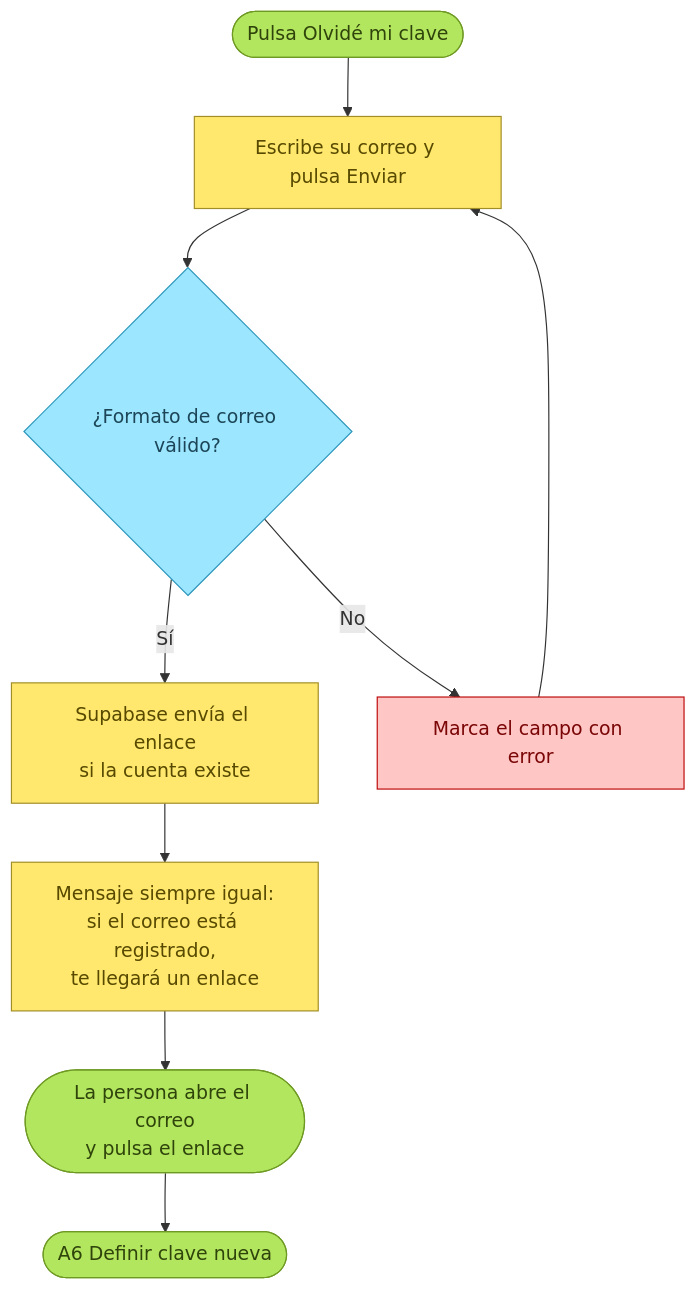
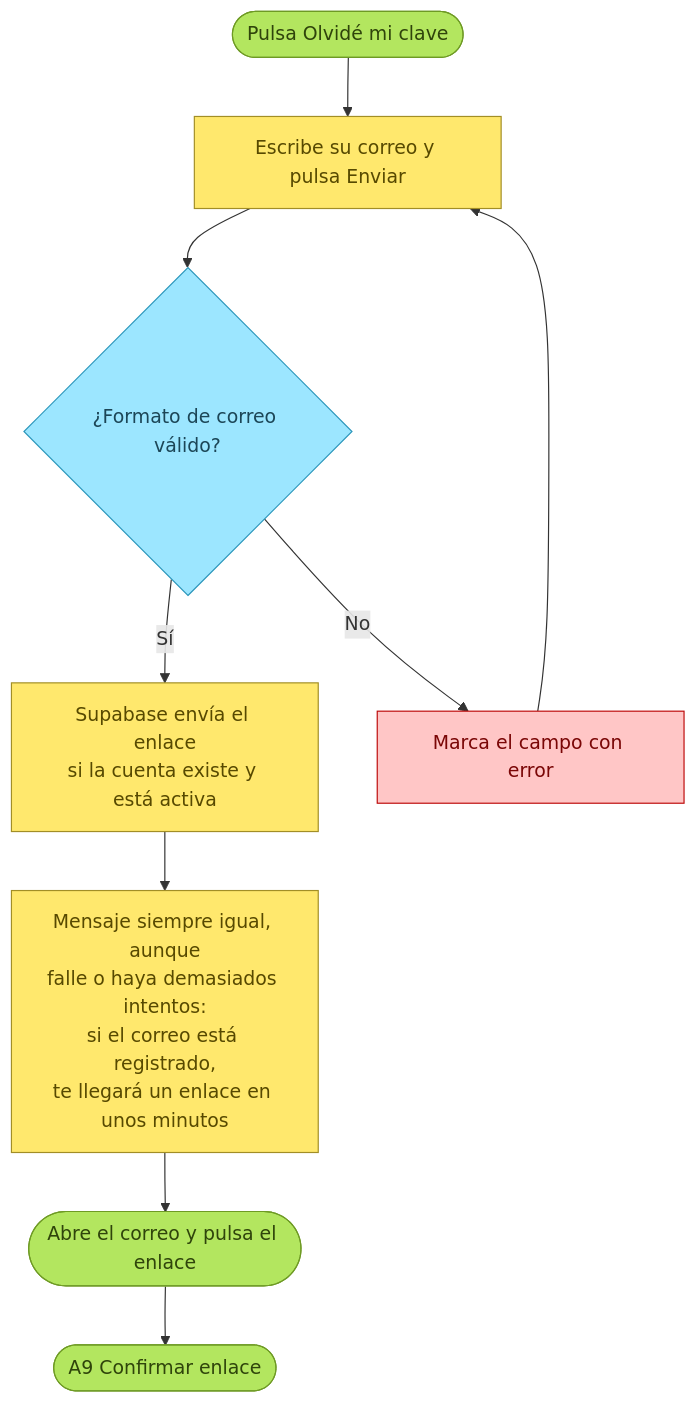
One commit to bernardoreveco/DentiHub changed the sixth of 10 diagrams in docs/modulos/01-acceso.md. Above: the diagram before and after it, drawn with Mermaid. The commit also changed other lines of this file and 48 other files, not shown here.

````diff
--- a/docs/modulos/01-acceso.md
+++ b/docs/modulos/01-acceso.md
@@ -147,20 +201,20 @@
 ```mermaid
 flowchart TD
     classDef ini fill:#B3E65F,stroke:#6E9A24,color:#2F440B
     classDef paso fill:#FFE86D,stroke:#A28E26,color:#574900
     classDef dec fill:#9CE6FF,stroke:#2C97BB,color:#1C4657
     classDef no fill:#FFC6C6,stroke:#BD0A0A,color:#7A0606
 
     r1([Pulsa Olvidé mi clave]):::ini
     r2[Escribe su correo y pulsa Enviar]:::paso
     r3{¿Formato de correo válido?}:::dec
-    r4[Supabase envía el enlace<br/>si la cuenta existe]:::paso
-    r5[Mensaje siempre igual:<br/>si el correo está registrado,<br/>te llegará un enlace]:::paso
-    r6([La persona abre el correo<br/>y pulsa el enlace]):::ini
-    a6([A6 Definir clave nueva]):::ini
+    r4[Supabase envía el enlace<br/>si la cuenta existe y está activa]:::paso
+    r5[Mensaje siempre igual, aunque<br/>falle o haya demasiados intentos:<br/>si el correo está registrado,<br/>te llegará un enlace en unos minutos]:::paso
+    r6([Abre el correo y pulsa el enlace]):::ini
+    a9([A9 Confirmar enlace]):::ini
     e1[Marca el campo con error]:::no
 
     r1 --> r2 --> r3
     r3 -- No --> e1 --> r2
-    r3 -- Sí --> r4 --> r5 --> r6 --> a6
+    r3 -- Sí --> r4 --> r5 --> r6 --> a9
 ```
````
